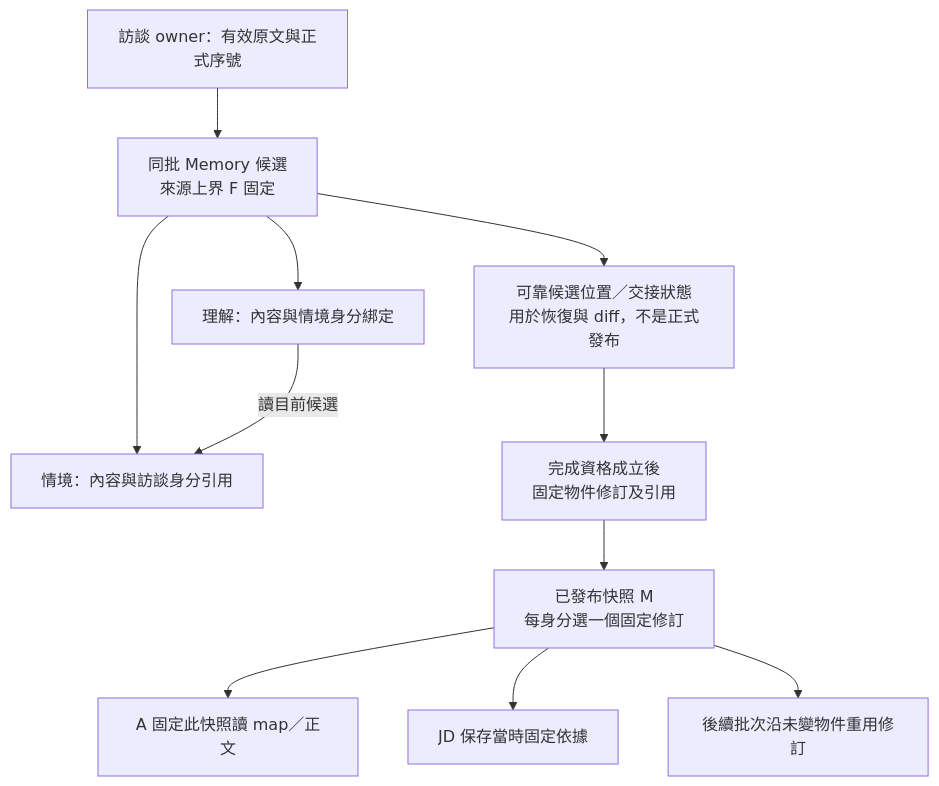
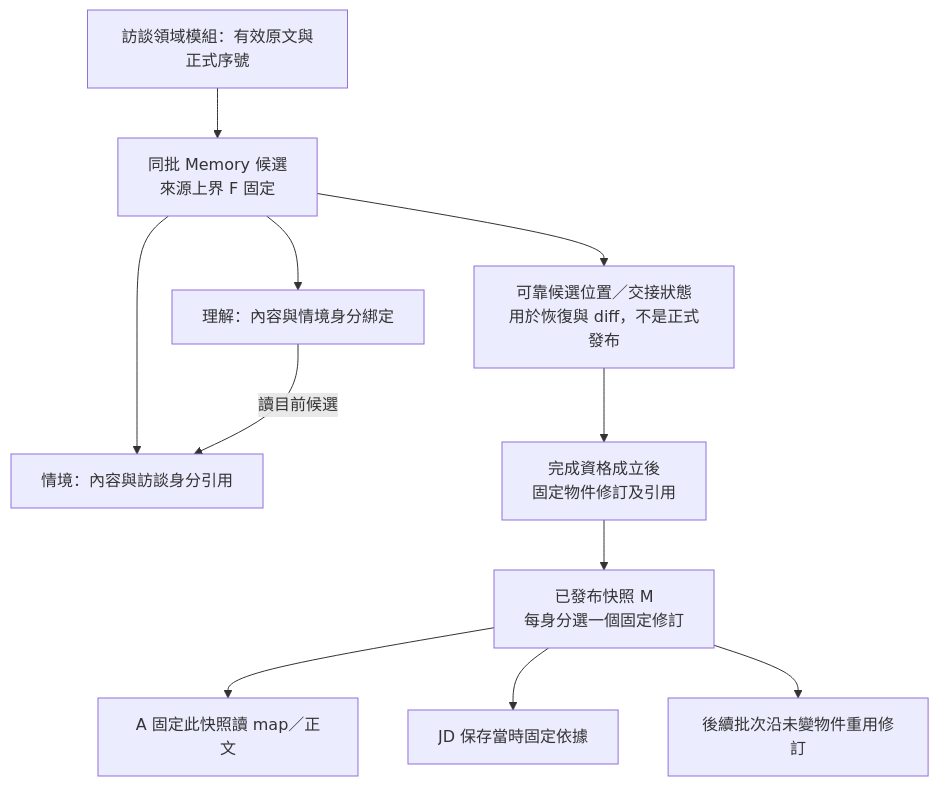
The first of 3 diagrams in docs/implementation/memory-storage.md (JD-Consultant/Caliburn), drawn with Mermaid before and after one commit. The commit also changed other lines of this file and 38 other files, not shown here.

First line of the commit message:
docs: curate architecture, reports and experiment evidence

````diff
--- a/docs/implementation/memory-storage.md
+++ b/docs/implementation/memory-storage.md
@@ -33,13 +33,13 @@
 ```mermaid
 flowchart TD
-  I[訪談 owner：有效原文與正式序號] --> W[同批 Memory 候選<br/>來源上界 F 固定]
+  I[訪談領域模組：有效原文與正式序號] --> W[同批 Memory 候選<br/>來源上界 F 固定]
   W --> S[情境：內容與訪談身分引用]
   W --> U[理解：內容與情境身分綁定]
   U -->|讀目前候選| S
   W --> P[可靠候選位置／交接狀態<br/>用於恢復與 diff，不是正式發布]
   P --> F[完成資格成立後<br/>固定物件修訂及引用]
   F --> M[已發布快照 M<br/>每身分選一個固定修訂]
   M --> A[A 固定此快照讀 map／正文]
   M --> J[JD 保存當時固定依據]
   M --> N[後續批次沿未變物件重用修訂]
 ```
````
